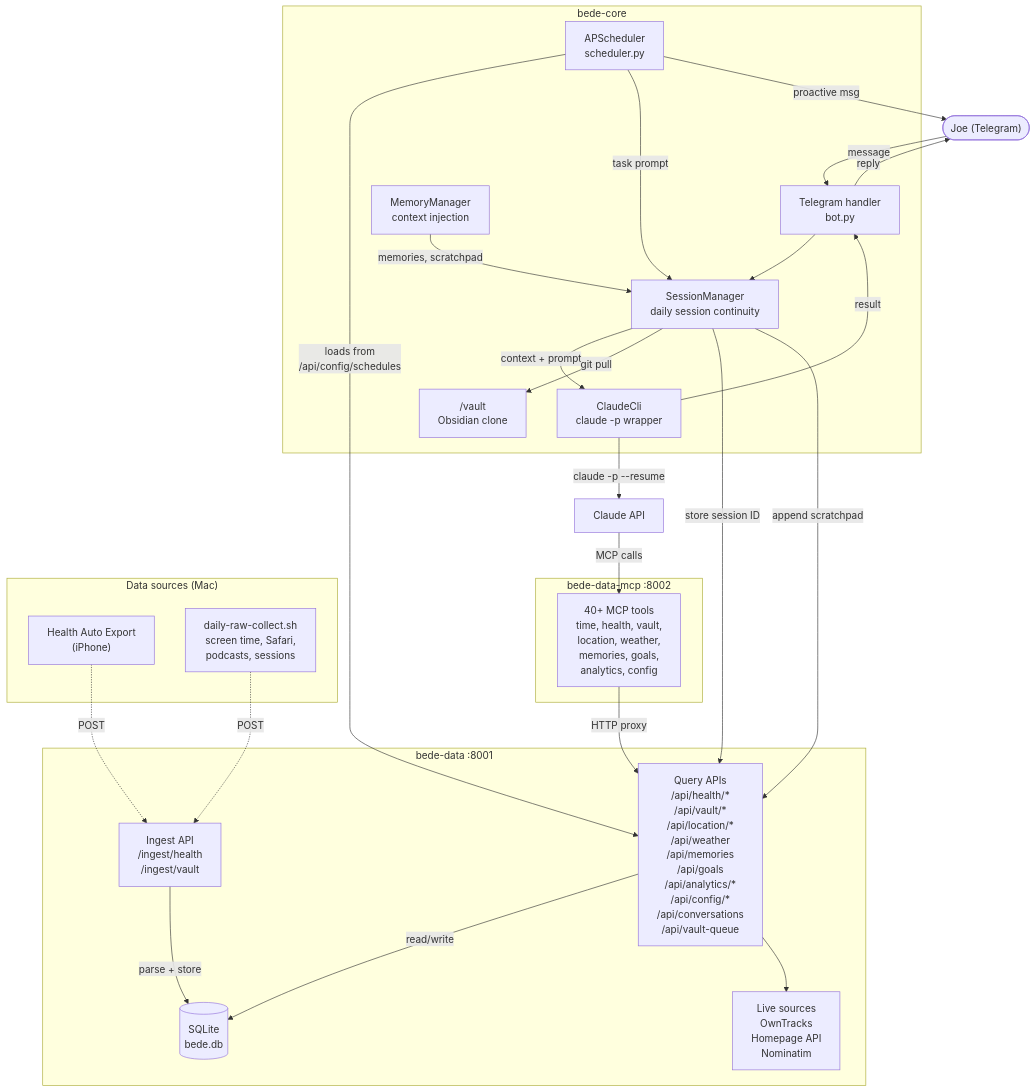
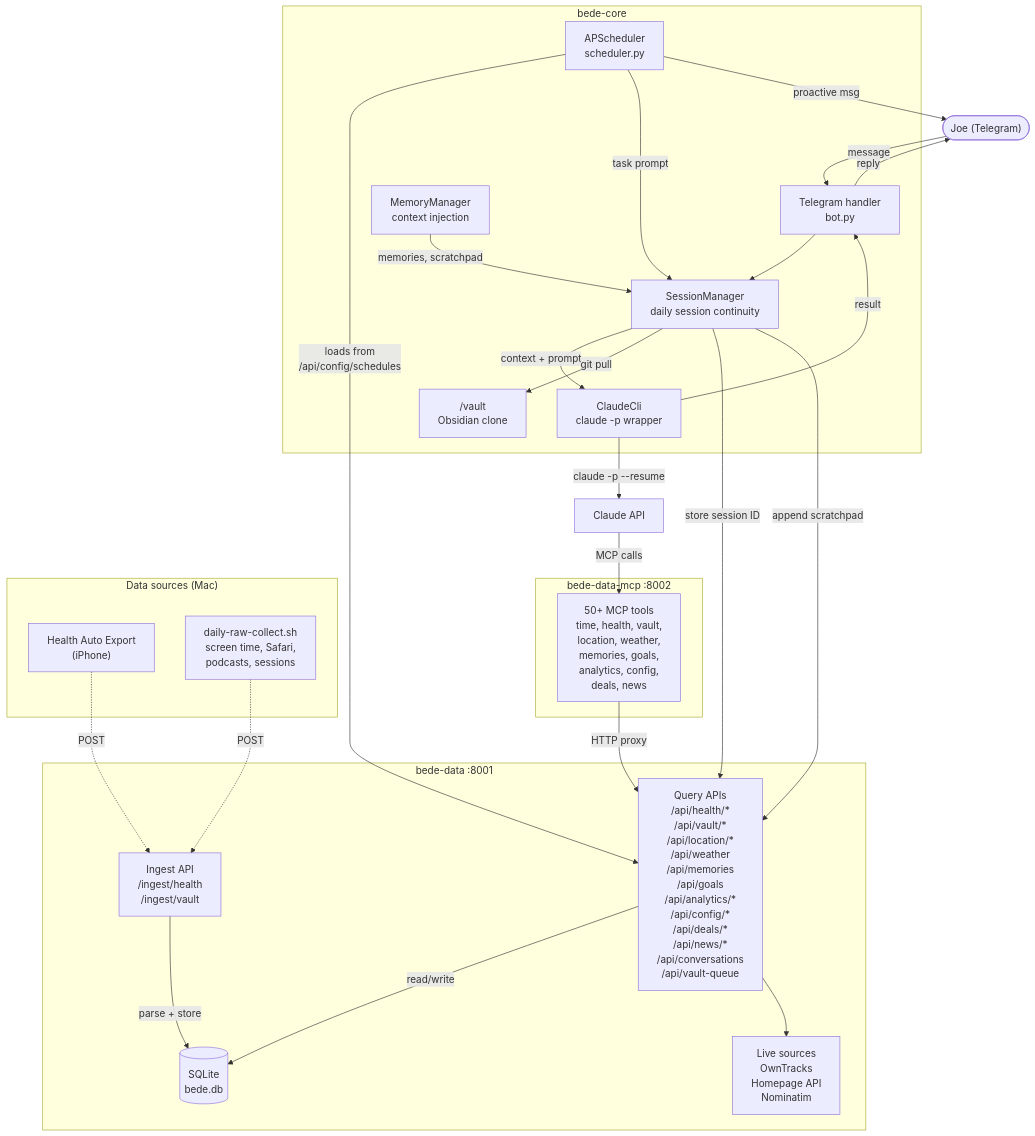
One commit to josephradford/bede changed the second of 3 diagrams in ARCHITECTURE.md. Above: the diagram before and after it, drawn with Mermaid. The commit also changed other lines of this file and 1 other file, not shown here.

Commit message:
docs: document deal monitoring and news curation in architecture and tools reference

```diff
--- a/ARCHITECTURE.md
+++ b/ARCHITECTURE.md
@@ -134,6 +134,8 @@
         /api/goals
         /api/analytics/*
         /api/config/*
+        /api/deals/*
+        /api/news/*
         /api/conversations
         /api/vault-queue"]
         sqlite[("SQLite
@@ -145,11 +147,12 @@
     end
 
     subgraph mcp["bede-data-mcp :8002"]
-        tools["40+ MCP tools
+        tools["50+ MCP tools
         time, health, vault,
         location, weather,
         memories, goals,
-        analytics, config"]
+        analytics, config,
+        deals, news"]
     end
 
     subgraph mac["Data sources (Mac)"]
```
